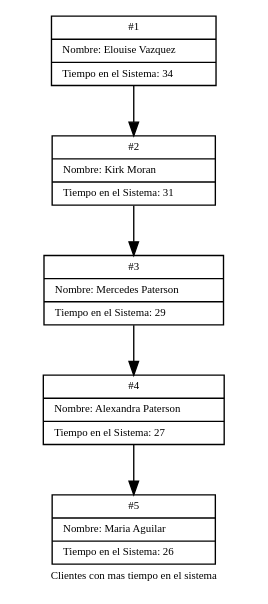
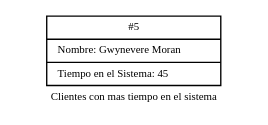
Before and after one commit to Desquivel501/EDD_UDRAWING_202010055: the diagram in TopTiempo.dot, drawn with Graphviz. The commit also changed 11 other files, not shown here.

```diff
--- a/TopTiempo.dot
+++ b/TopTiempo.dot
@@ -1,15 +1,7 @@
 digraph G{
 fontname = "Bitstream Vera Sans"
 fontsize = 8
 node [fontname = "Bitstream Vera Sans"fontsize = 8shape = "record"]
-Nodo1762902523[label="{#1 | Nombre: Elouise Vazquez\l| Tiempo en el Sistema: 34\l}"];
-Nodo1313916817[label="{#2 | Nombre: Kirk Moran\l| Tiempo en el Sistema: 31\l}"];
-Nodo1966124444[label="{#3 | Nombre: Mercedes Paterson\l| Tiempo en el Sistema: 29\l}"];
-Nodo1487500813[label="{#4 | Nombre: Alexandra  Paterson\l| Tiempo en el Sistema: 27\l}"];
-Nodo1911152052[label="{#5 | Nombre: Maria Aguilar\l| Tiempo en el Sistema: 26\l}"];
-Nodo1762902523 -> Nodo1313916817;
-Nodo1313916817 -> Nodo1966124444;
-Nodo1966124444 -> Nodo1487500813;
-Nodo1487500813 -> Nodo1911152052;
+Nodo75457651[label="{#5 | Nombre: Gwynevere Moran\l| Tiempo en el Sistema: 45\l}"];
 label = "Clientes con mas tiempo en el sistema";rankdir=TB;
 }
```
